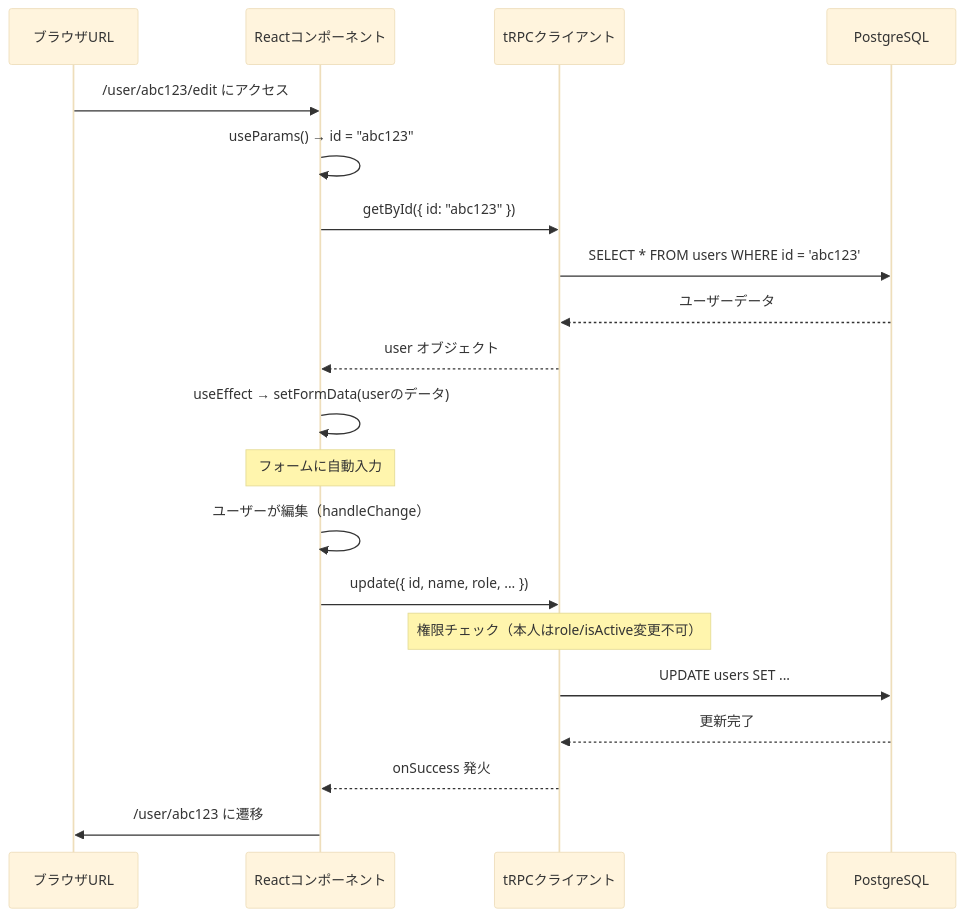
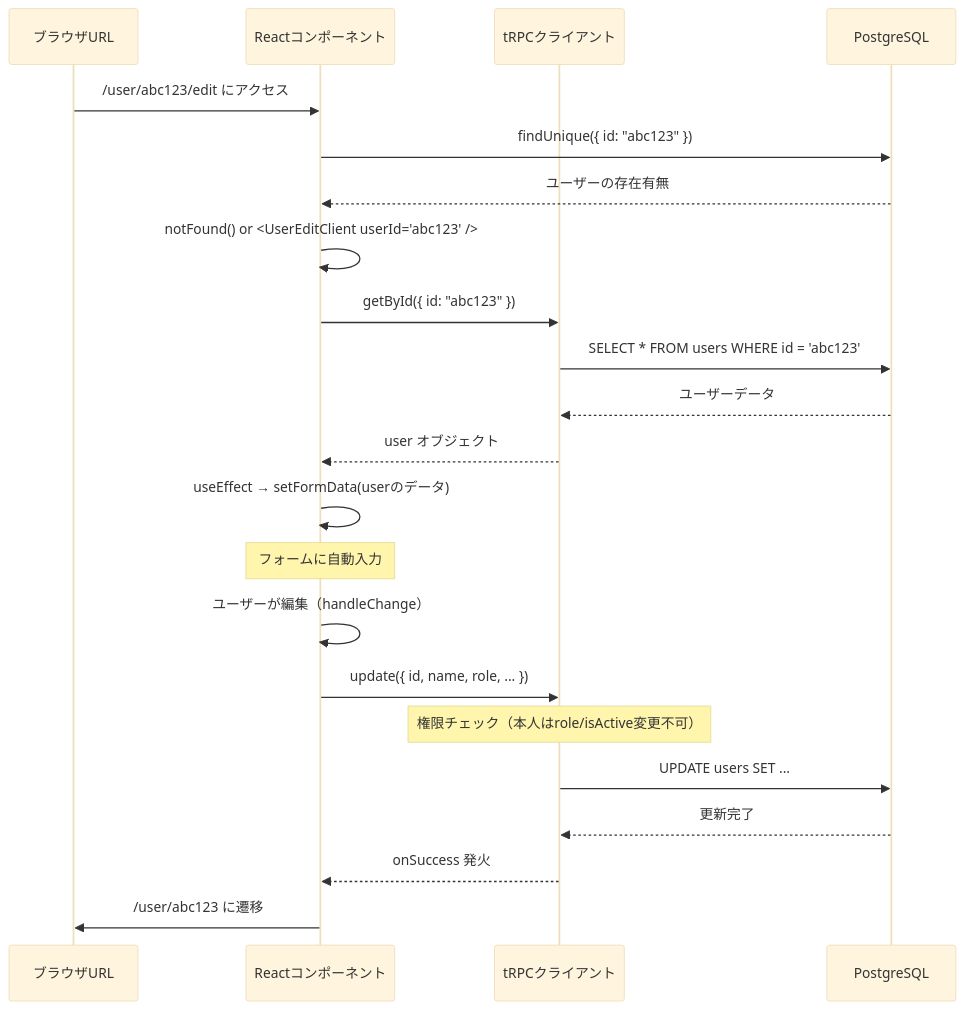
The second of 2 diagrams in material/30days-curriculum/day29_ユーザー詳細・編集ページを作ろう.md (kouiso/task-app), drawn with Mermaid (base theme) before and after one commit. The commit also changed other lines of this file and 3 other files, not shown here.

````diff
--- a/material/30days-curriculum/day29_ユーザー詳細・編集ページを作ろう.md
+++ b/material/30days-curriculum/day29_ユーザー詳細・編集ページを作ろう.md
@@ -1250,23 +1252,25 @@
 ```mermaid
 sequenceDiagram
     participant URL as ブラウザURL
     participant Comp as Reactコンポーネント
     participant tRPC as tRPCクライアント
     participant DB as PostgreSQL
 
     URL->>Comp: /user/abc123/edit にアクセス
-    Comp->>Comp: useParams() → id = "abc123"
+    Comp->>DB: findUnique({ id: "abc123" })
+    DB-->>Comp: ユーザーの存在有無
+    Comp->>Comp: notFound() or <UserEditClient userId="abc123" />
     Comp->>tRPC: getById({ id: "abc123" })
     tRPC->>DB: SELECT * FROM users WHERE id = 'abc123'
     DB-->>tRPC: ユーザーデータ
     tRPC-->>Comp: user オブジェクト
     Comp->>Comp: useEffect → setFormData(userのデータ)
     Note over Comp: フォームに自動入力
     Comp->>Comp: ユーザーが編集（handleChange）
     Comp->>tRPC: update({ id, name, role, ... })
     Note over tRPC: 権限チェック（本人はrole/isActive変更不可）
     tRPC->>DB: UPDATE users SET ...
     DB-->>tRPC: 更新完了
     tRPC-->>Comp: onSuccess 発火
     Comp->>URL: /user/abc123 に遷移
 ```
````
